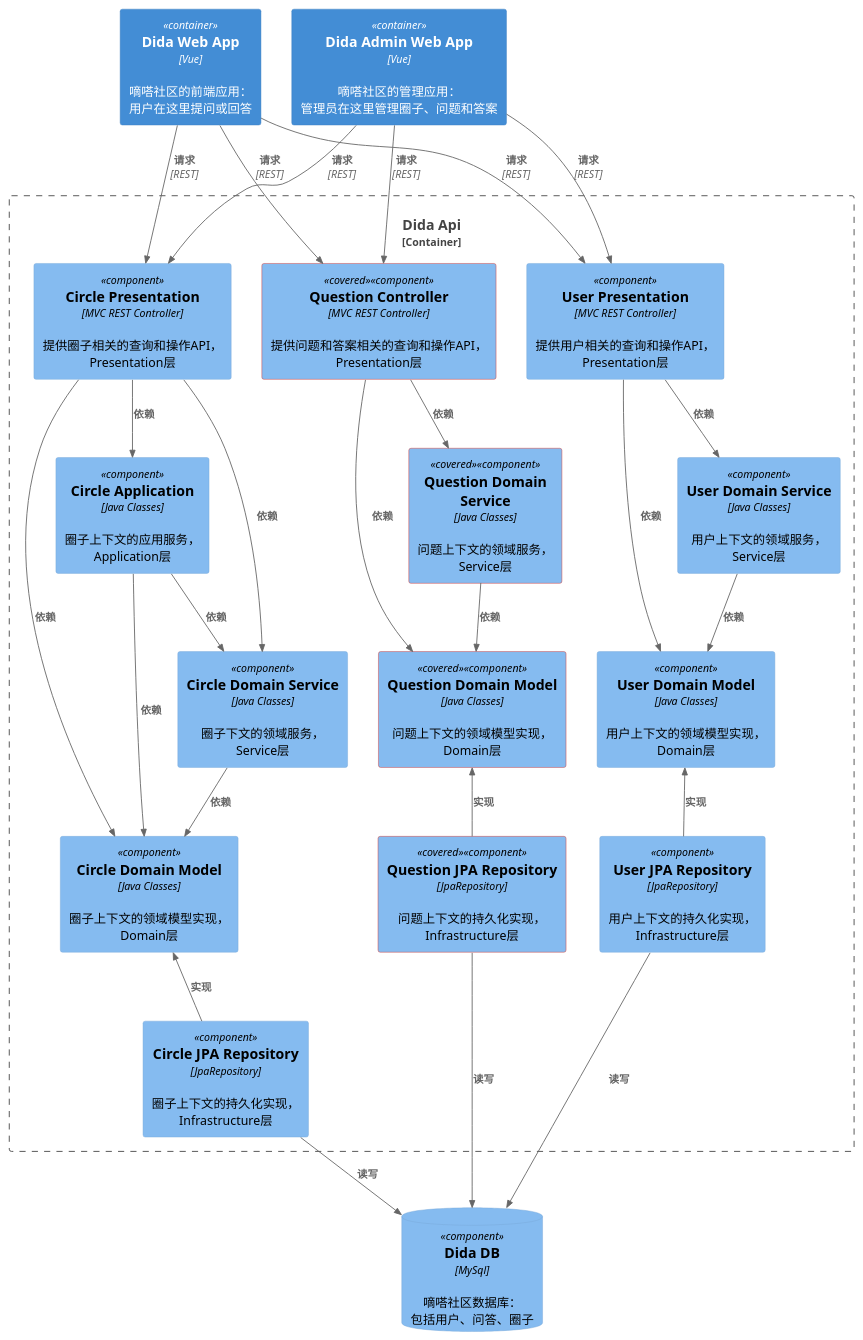
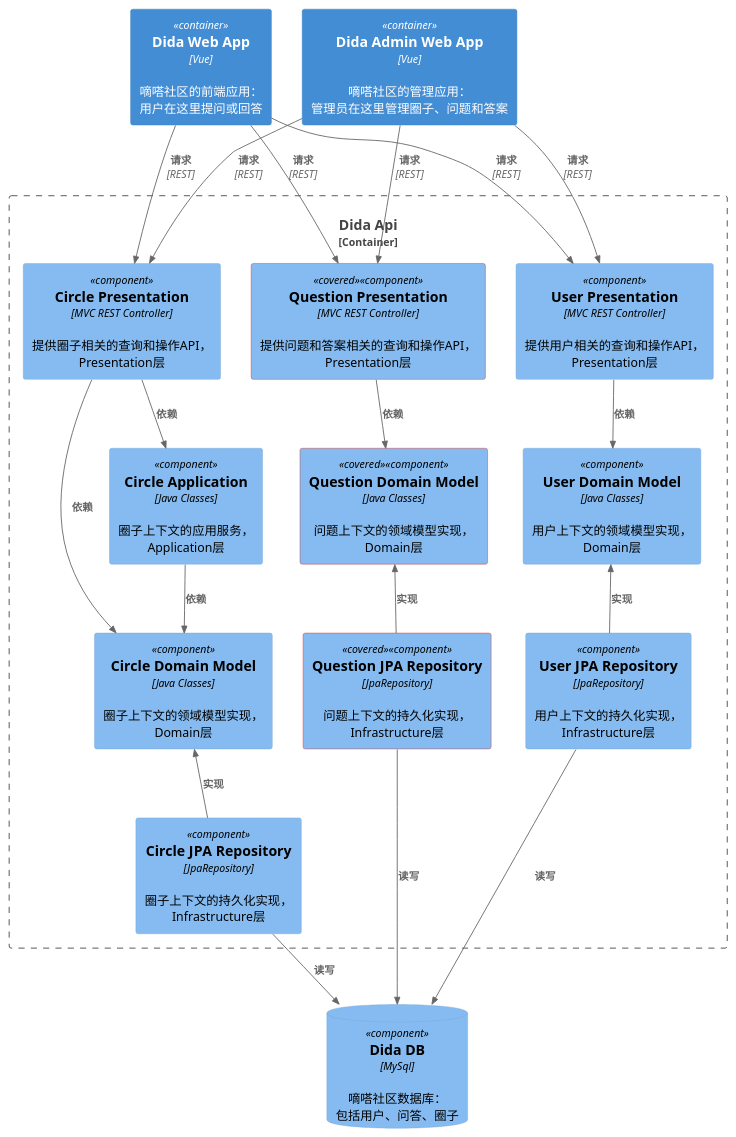
The diagram in arch/didaqa_component.puml (qinyu/dida), drawn with PlantUML before and after one commit. The commit also changed 9 other files, not shown here.

Commit message:
follow the layered architecture

```diff
--- a/arch/didaqa_component.puml
+++ b/arch/didaqa_component.puml
@@ -1,61 +1,54 @@
 @startuml
 !include includes/C4_Component.puml
 
 AddElementTag("covered", $borderColor="#d73027")
 
 Container(DidaWeb, "Dida Web App", "Vue", "嘀嗒社区的前端应用：用户在这里提问或回答")
 Container(DidaAdminWeb, "Dida Admin Web App", "Vue", "嘀嗒社区的管理应用：管理员在这里管理圈子、问题和答案")
 
 Container_Boundary(DidaApi, "Dida Api") {
-    Component(QuestionController, "Question Controller", "MVC REST Controller", "提供问题和答案相关的查询和操作API，Presentation层", $tags="covered")
-    Component(QuestionService, "Question Domain Service", "Java Classes", "问题上下文的领域服务，Service层", $tags="covered")
+    Component(QuestionController, "Question Presentation", "MVC REST Controller", "提供问题和答案相关的查询和操作API，Presentation层", $tags="covered")
     Component(QuestionDomain, "Question Domain Model", "Java Classes", "问题上下文的领域模型实现，Domain层", $tags="covered")
     Component(QuestionJPA, "Question JPA Repository", "JpaRepository", "问题上下文的持久化实现，Infrastructure层", $tags="covered")
 
     Component(UserController, "User Presentation", "MVC REST Controller", "提供用户相关的查询和操作API，Presentation层")
-    Component(UserService, "User Domain Service", "Java Classes", "用户上下文的领域服务，Service层")
     Component(UserDomain, "User Domain Model", "Java Classes", "用户上下文的领域模型实现，Domain层")
     Component(UserJPA, "User JPA Repository", "JpaRepository", "用户上下文的持久化实现，Infrastructure层")
 
     Component(CircleController, "Circle Presentation", "MVC REST Controller", "提供圈子相关的查询和操作API，Presentation层")
     Component(CircleApplication, "Circle Application", "Java Classes", "圈子上下文的应用服务，Application层")
-    Component(CircleService, "Circle Domain Service", "Java Classes", "圈子下文的领域服务，Service层")
     Component(CircleDomain, "Circle Domain Model", "Java Classes", "圈子上下文的领域模型实现，Domain层")
     Component(CircleJPA, "Circle JPA Repository", "JpaRepository", "圈子上下文的持久化实现，Infrastructure层")
 }
 
 ComponentDb(DidaDb, "Dida DB", "MySql", "嘀嗒社区数据库：包括用户、问答、圈子")
 
 Rel(DidaWeb, QuestionController, "请求", "REST")
 Rel(DidaWeb, UserController, "请求", "REST")
 Rel(DidaWeb, CircleController, "请求", "REST")
 
 Rel(DidaAdminWeb, QuestionController, "请求", "REST")
 Rel(DidaAdminWeb, UserController, "请求", "REST")
 Rel(DidaAdminWeb, CircleController, "请求", "REST")
 
-Rel(QuestionController, QuestionService, "依赖")
 Rel(QuestionController, QuestionDomain, "依赖")
-Rel(QuestionService, QuestionDomain, "依赖")
 Rel_U(QuestionJPA, QuestionDomain, "实现")
 Rel(QuestionJPA, DidaDb, "读写")
 
-Rel(UserController, UserService, "依赖")
 Rel(UserController, UserDomain, "依赖")
-Rel(UserService, UserDomain, "依赖")
 Rel_U(UserJPA, UserDomain, "实现")
 Rel(UserJPA, DidaDb, "读写")
 
 Rel(CircleController, CircleApplication, "依赖")
-Rel(CircleController, CircleService, "依赖")
 Rel(CircleController, CircleDomain, "依赖")
-Rel(CircleApplication, CircleService, "依赖")
 Rel(CircleApplication, CircleDomain, "依赖")
-Rel(CircleService, CircleDomain, "依赖")
 Rel_U(CircleJPA, CircleDomain, "实现")
 Rel(CircleJPA, DidaDb, "读写")
 
-Lay_R(QuestionController, UserController)
-Lay_L(CircleController, UserController)
-
+'Lay_R(QuestionController, UserController)
+'Lay_L(CircleController, UserController)
+'Lay_R(QuestionDomain, UserDomain)
+'Lay_L(CircleDomain, UserDomain)
+'Lay_R(QuestionJPA, UserJPA)
+'Lay_L(CircleJPA, UserJPA)
 @enduml
```
